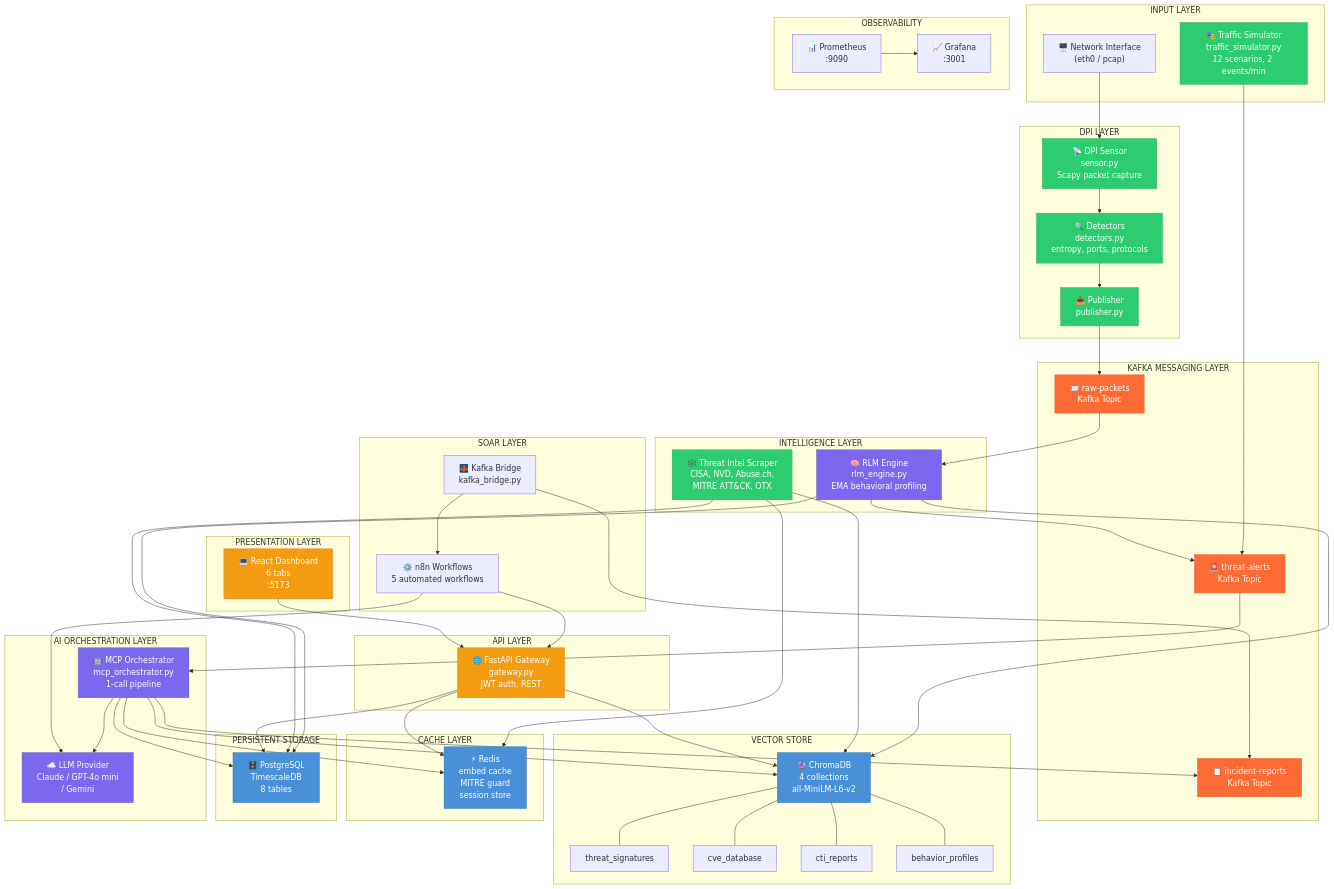
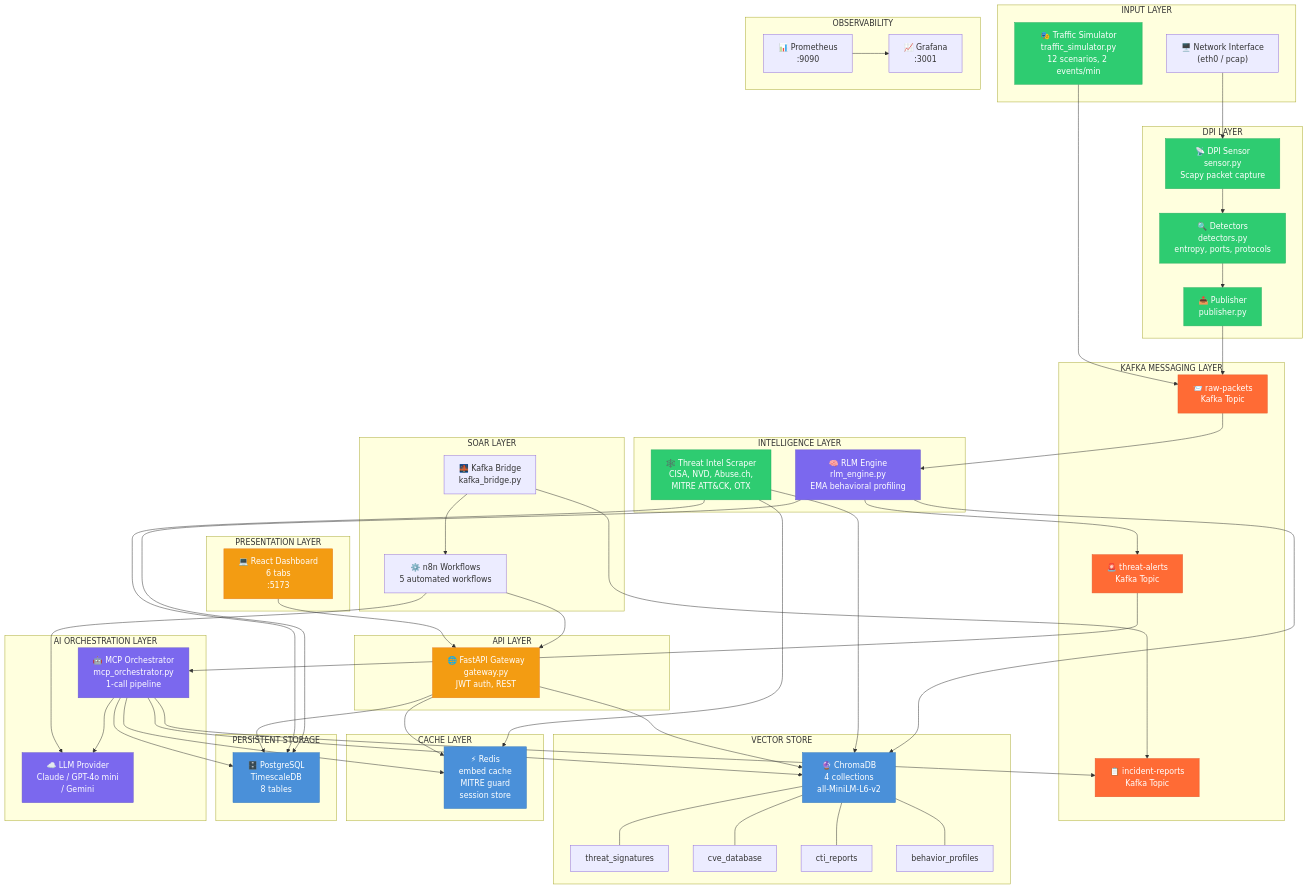
One commit to Skarthik06/cybersentinel-ai changed the first of 20 diagrams in docs/MASTER.md. Above: the diagram before and after it, drawn with Mermaid. The commit also changed other lines of this file and 27 other files, not shown here.

```diff
--- a/docs/MASTER.md
+++ b/docs/MASTER.md
@@ -139,8 +139,8 @@
     DETECT --> PUB
     PUB --> KRP
 
-    %% Simulator Pipeline
-    SIM --> KTA
+    %% Simulator Pipeline (v1.2 — full DPI pipeline, same as real DPI)
+    SIM --> KRP
 
     %% RLM Engine
     KRP --> RLM
```
